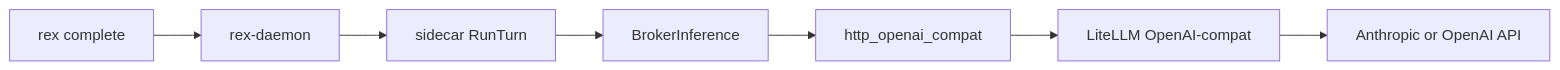
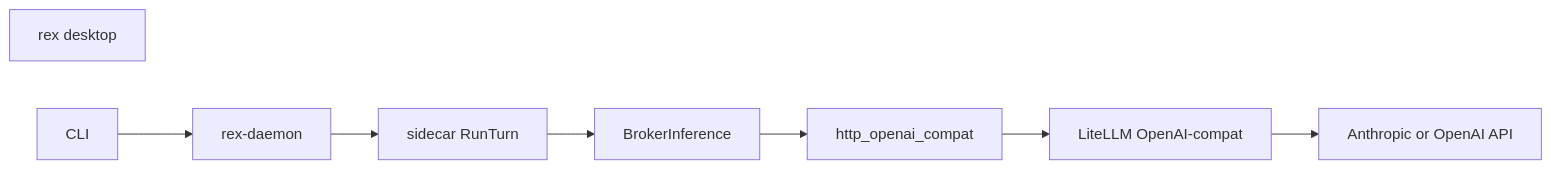
Before and after one commit to thsfranca/rex: the diagram in docs/ADAPTERS.md, drawn with Mermaid. The commit also changed other lines of this file and 30 other files, not shown here.

````diff
--- a/docs/ADAPTERS.md
+++ b/docs/ADAPTERS.md
@@ -134,12 +134,12 @@
 ```mermaid
 flowchart LR
- CLI[rex complete]
+ Desktop[rex desktop]
  Daemon[rex-daemon]
  Sidecar[sidecar RunTurn]
  Broker[BrokerInference]
  Adapter[http_openai_compat]
  LiteLLM[LiteLLM OpenAI-compat]
  Providers[Anthropic or OpenAI API]
 
  CLI --> Daemon --> Sidecar --> Broker --> Adapter --> LiteLLM --> Providers
 ```
````
